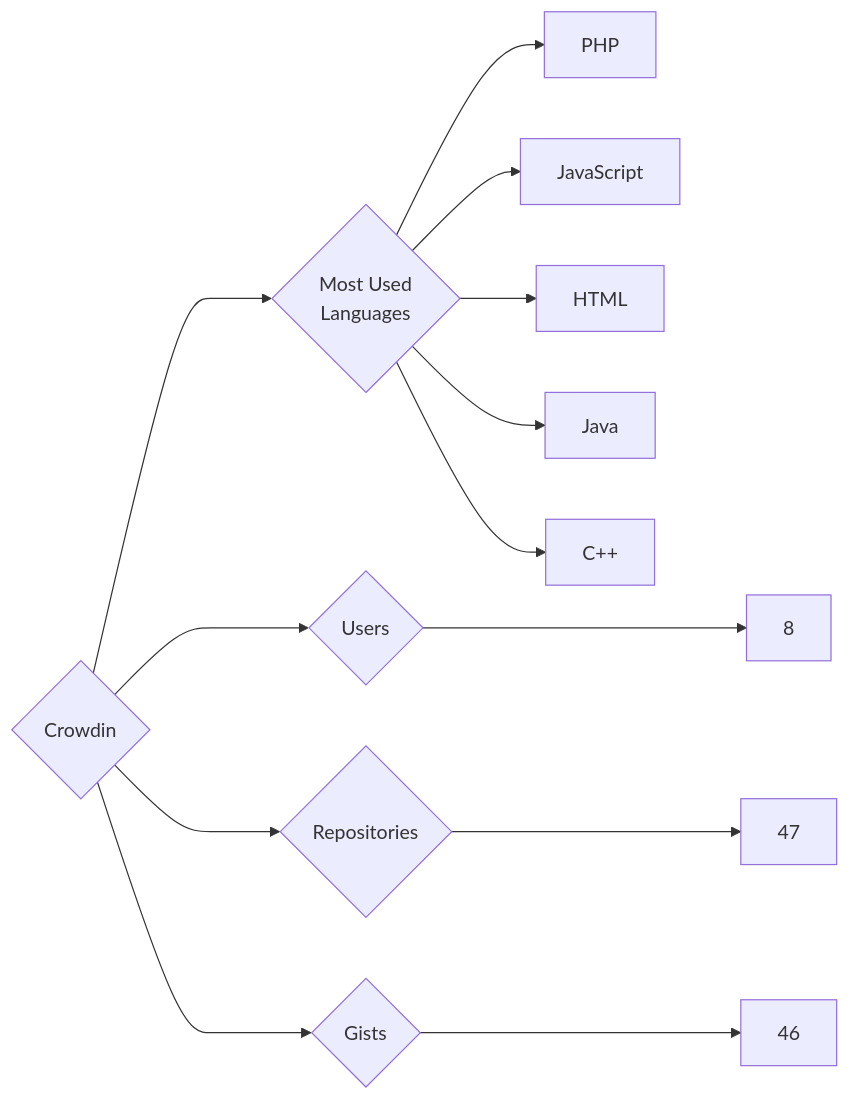
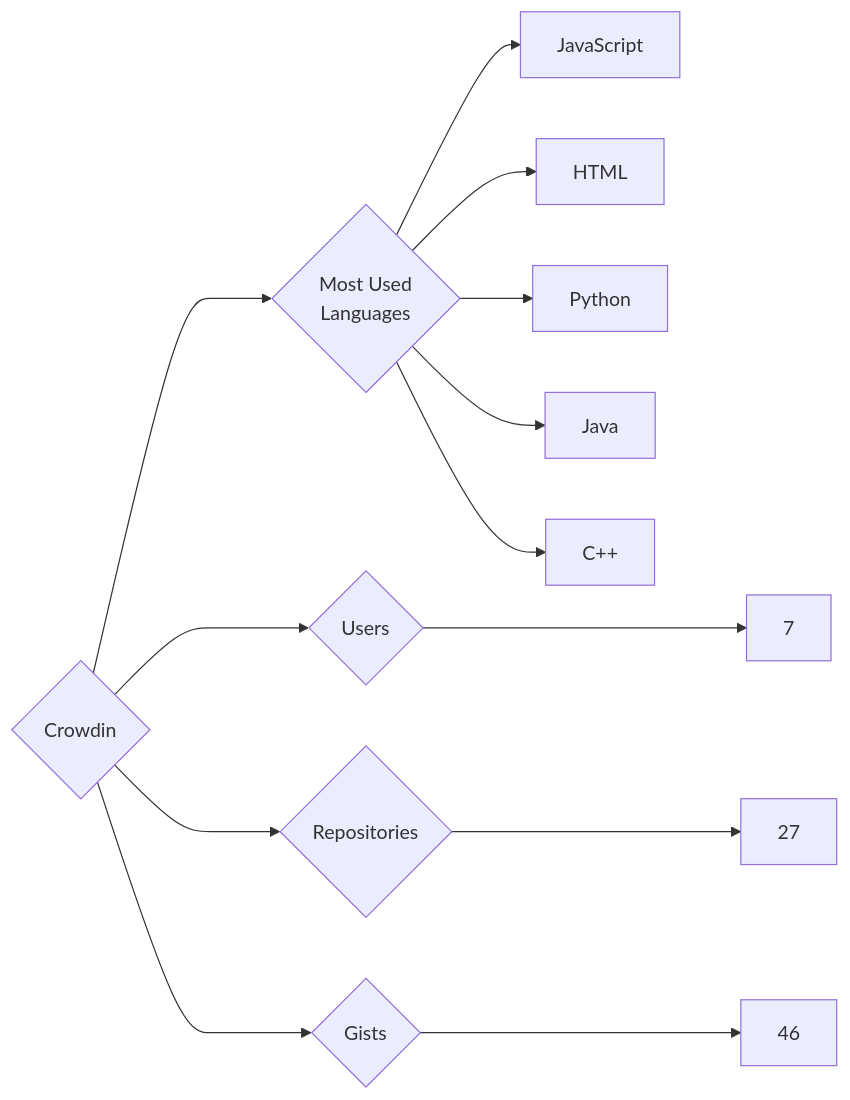
One commit to trickest/insiders changed the diagram in targets/Crowdin/README.md. Above: the diagram before and after it, drawn with Mermaid. The commit also changed 925 other files, not shown here.

````diff
--- a/targets/Crowdin/README.md
+++ b/targets/Crowdin/README.md
@@ -3,13 +3,13 @@
 ```mermaid
 graph LR
 COMPANY_NAME{Crowdin}
-COMPANY_NAME ---> U{Users} ---> UN[8]
-COMPANY_NAME ---> R{Repositories} ---> RN[47]
+COMPANY_NAME ---> U{Users} ---> UN[7]
+COMPANY_NAME ---> R{Repositories} ---> RN[27]
 COMPANY_NAME ---> G{Gists} ---> GN[46]
 COMPANY_NAME ---> ML{Most Used<br>Languages}
-ML --> PHP[PHP]
 ML --> JavaScript[JavaScript]
 ML --> HTML[HTML]
+ML --> Python[Python]
 ML --> Java[Java]
 ML --> C++[C++]
 ```
````
